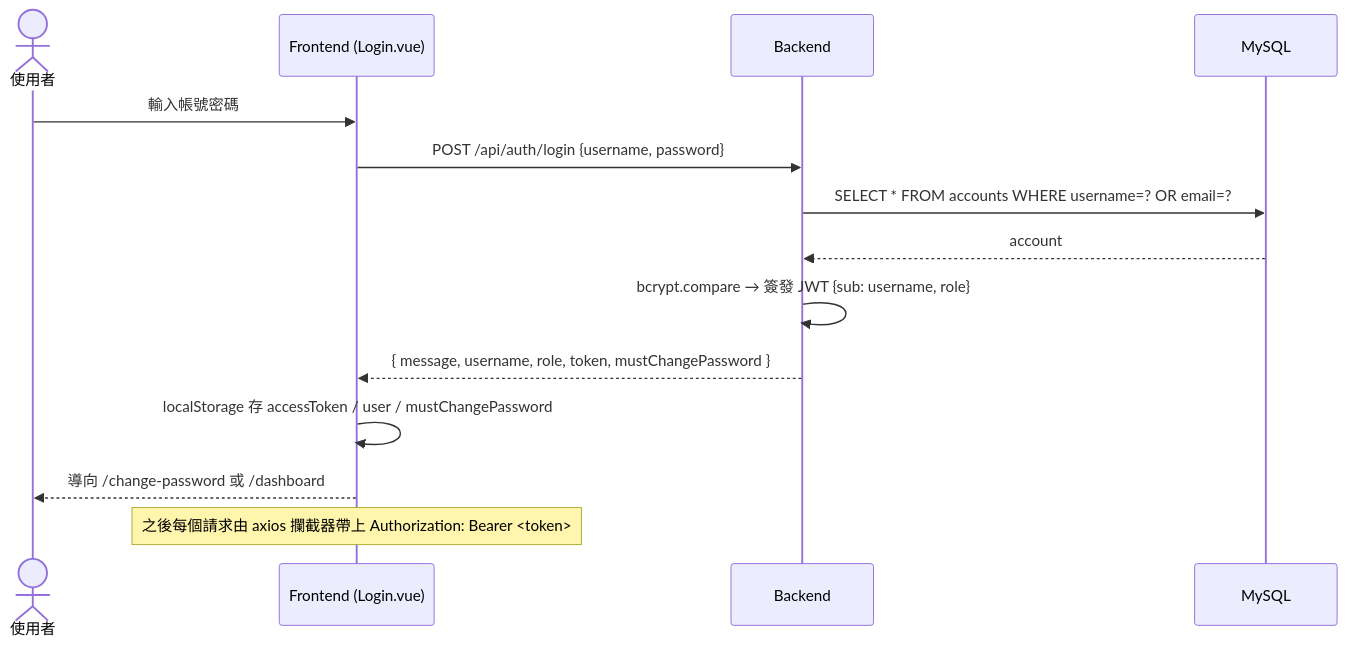
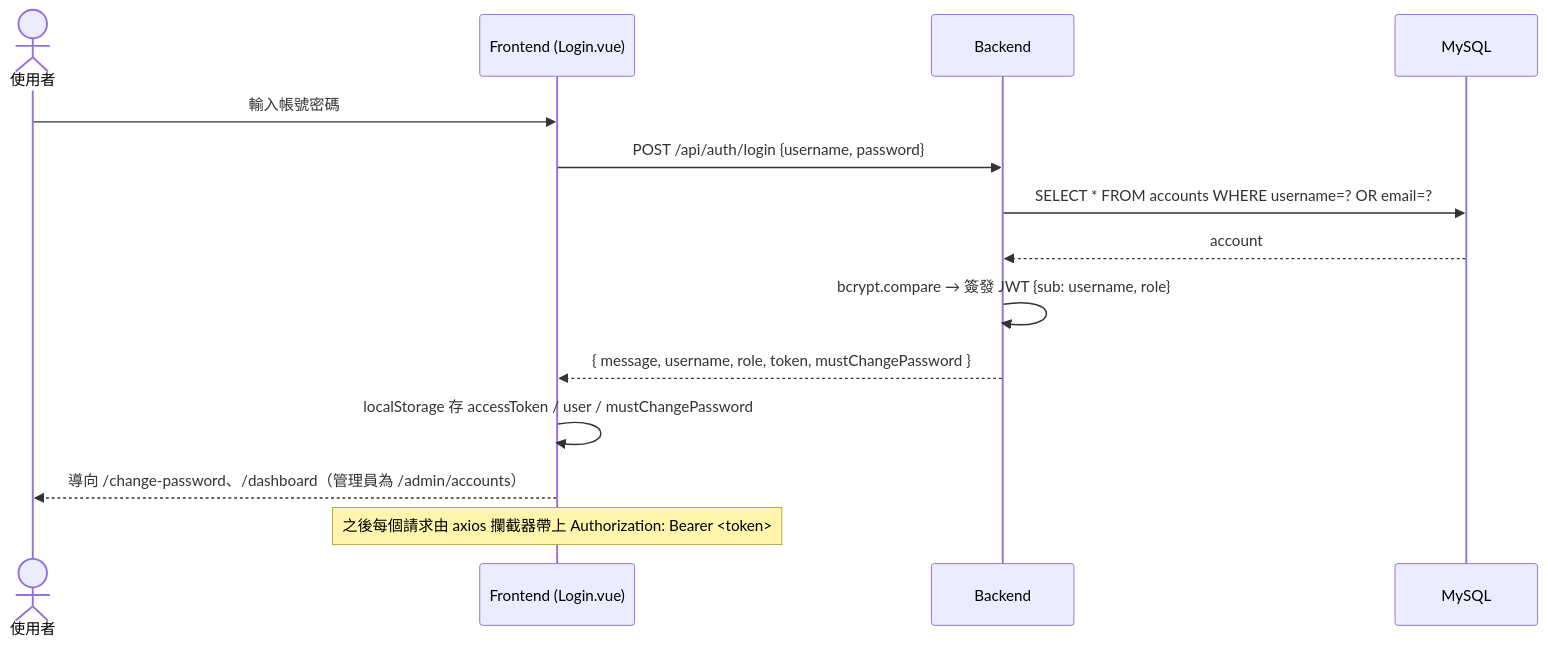
One commit to Chrubby/eeclass changed the second of 6 diagrams in docs/overview.md. Above: the diagram before and after it, drawn with Mermaid. The commit also changed other lines of this file and 12 other files, not shown here.

````diff
--- a/docs/overview.md
+++ b/docs/overview.md
@@ -152,17 +155,17 @@
 ```mermaid
 sequenceDiagram
     actor User as 使用者
     participant FE as Frontend (Login.vue)
     participant API as Backend
     participant DB as MySQL
 
     User->>FE: 輸入帳號密碼
     FE->>API: POST /api/auth/login {username, password}
     API->>DB: SELECT * FROM accounts WHERE username=? OR email=?
     DB-->>API: account
     API->>API: bcrypt.compare → 簽發 JWT {sub: username, role}
     API-->>FE: { message, username, role, token, mustChangePassword }
     FE->>FE: localStorage 存 accessToken / user / mustChangePassword
-    FE-->>User: 導向 /change-password 或 /dashboard
+    FE-->>User: 導向 /change-password、/dashboard（管理員為 /admin/accounts）
     Note over FE: 之後每個請求由 axios 攔截器帶上 Authorization: Bearer <token>
 ```
````
